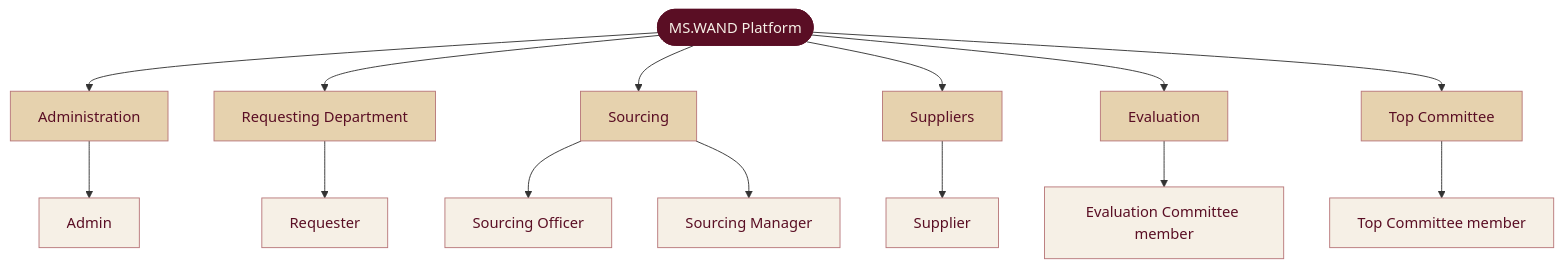
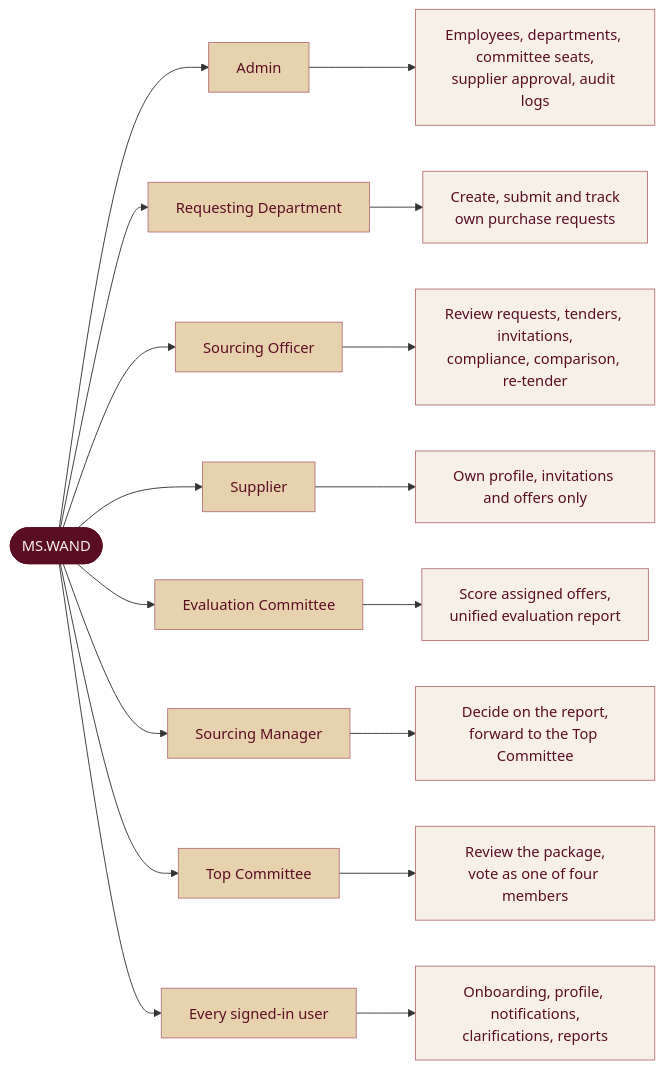
The first of 5 diagrams in README.md (Supply-Tender-Team/Cosmetics-Management-System), drawn with Mermaid before and after one commit. The commit also changed other lines of this file and 1 other file, not shown here.

Commit message:
DOCS-02: create premium animated 3D-style README

````diff
--- a/README.md
+++ b/README.md
@@ -93,21 +84,24 @@
 ```mermaid
-flowchart TB
-    S(["MS.WAND Platform"]):::brand
-    S --> A["Administration"]:::group
-    S --> D["Requesting Department"]:::group
-    S --> P["Sourcing"]:::group
-    S --> U["Suppliers"]:::group
-    S --> E["Evaluation"]:::group
-    S --> T["Top Committee"]:::group
-    A --> A1["Admin"]:::leaf
-    D --> D1["Requester"]:::leaf
-    P --> O["Sourcing Officer"]:::leaf
-    P --> M["Sourcing Manager"]:::leaf
-    U --> U1["Supplier"]:::leaf
-    E --> E1["Evaluation Committee member"]:::leaf
-    T --> T1["Top Committee member"]:::leaf
+flowchart LR
+    S(["MS.WAND"]):::brand
+    S --> A["Admin"]:::role
+    S --> R["Requesting Department"]:::role
+    S --> O["Sourcing Officer"]:::role
+    S --> U["Supplier"]:::role
+    S --> E["Evaluation Committee"]:::role
+    S --> M["Sourcing Manager"]:::role
+    S --> T["Top Committee"]:::role
+    S --> X["Every signed-in user"]:::role
+    A --> A1["Employees, departments, committee seats,<br/>supplier approval, audit logs"]:::perm
+    R --> R1["Create, submit and track<br/>own purchase requests"]:::perm
+    O --> O1["Review requests, tenders, invitations,<br/>compliance, comparison, re-tender"]:::perm
+    U --> U1["Own profile, invitations and offers only"]:::perm
+    E --> E1["Score assigned offers,<br/>unified evaluation report"]:::perm
+    M --> M1["Decide on the report,<br/>forward to the Top Committee"]:::perm
+    T --> T1["Review the package,<br/>vote as one of four members"]:::perm
+    X --> X1["Onboarding, profile, notifications,<br/>clarifications, reports"]:::perm
 
     classDef brand fill:#5A0E24,stroke:#5A0E24,color:#F6F0E6
-    classDef group fill:#E6D2AE,stroke:#B8777A,color:#5A0E24
-    classDef leaf fill:#F6F0E6,stroke:#B8777A,color:#5A0E24
+    classDef role fill:#E6D2AE,stroke:#B8777A,color:#5A0E24
+    classDef perm fill:#F6F0E6,stroke:#B8777A,color:#5A0E24
 ```
````
